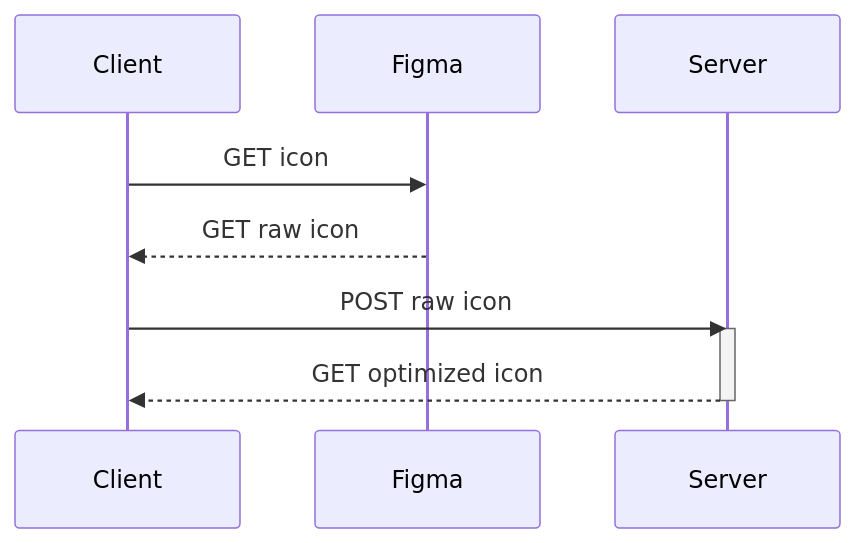
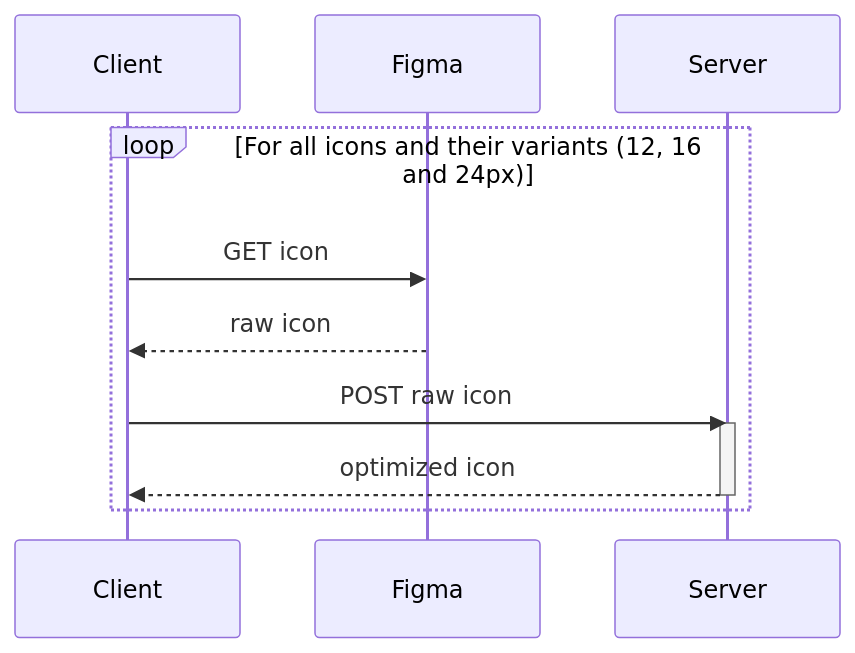
Before and after one commit to Talend/ux-tools: the first of 2 diagrams in README.md, drawn with Mermaid. The commit also changed other lines of this file, not shown here.

````diff
--- a/README.md
+++ b/README.md
@@ -26,12 +26,14 @@
 ```mermaid
 sequenceDiagram
     participant C as Client
     participant F as Figma
     participant S as Server
-    C->>F: GET icon
-    F-->>C: GET raw icon
-    C->>S: POST  raw icon
-    activate S
-    S-->>C: GET optimized icon
-    deactivate S
+    loop For all icons and their variants (12, 16 and 24px)
+        C->>F: GET icon
+        F-->>C: raw icon
+        C->>S: POST  raw icon
+        activate S
+        S-->>C: optimized icon
+        deactivate S
+    end
 ```
````
